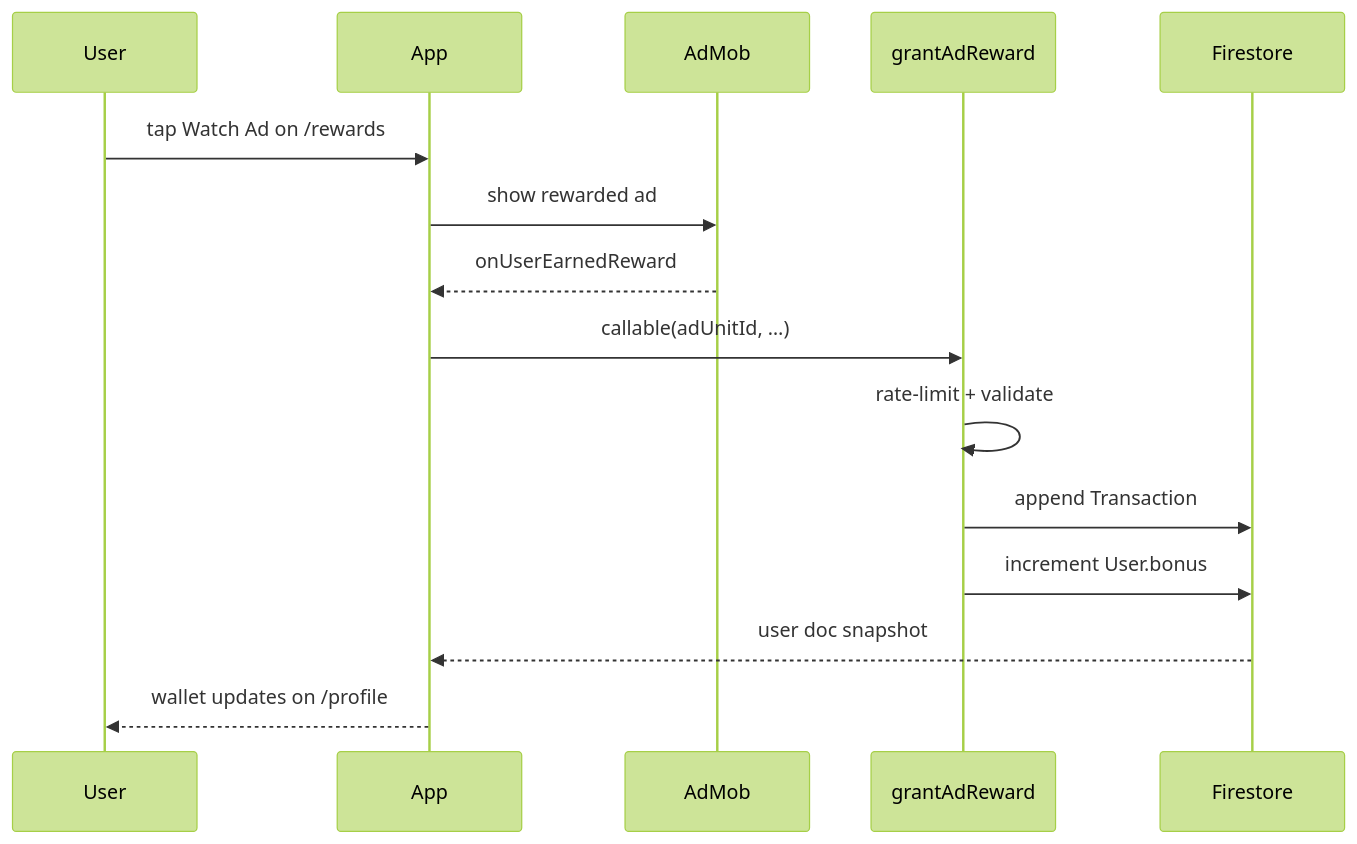
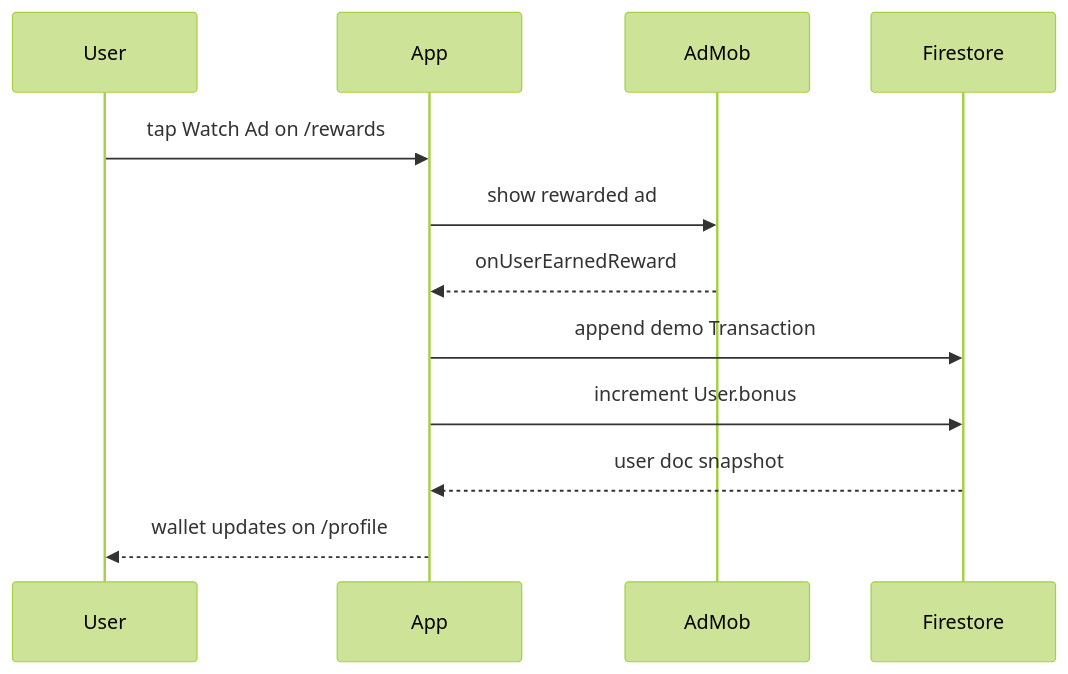
One commit to delevski/ShortiGo changed the sixth of 9 diagrams in README.md. Above: the diagram before and after it, drawn with Mermaid (forest theme). The commit also changed other lines of this file and 15 other files, not shown here.

````diff
--- a/README.md
+++ b/README.md
@@ -227,18 +222,15 @@
 ```mermaid
 sequenceDiagram
   participant User
   participant App
   participant AdMob
-  participant CF as grantAdReward
   participant FS as Firestore
 
   User->>App: tap Watch Ad on /rewards
   App->>AdMob: show rewarded ad
   AdMob-->>App: onUserEarnedReward
-  App->>CF: callable(adUnitId, …)
-  CF->>CF: rate-limit + validate
-  CF->>FS: append Transaction
-  CF->>FS: increment User.bonus
+  App->>FS: append demo Transaction
+  App->>FS: increment User.bonus
   FS-->>App: user doc snapshot
   App-->>User: wallet updates on /profile
 ```
````
